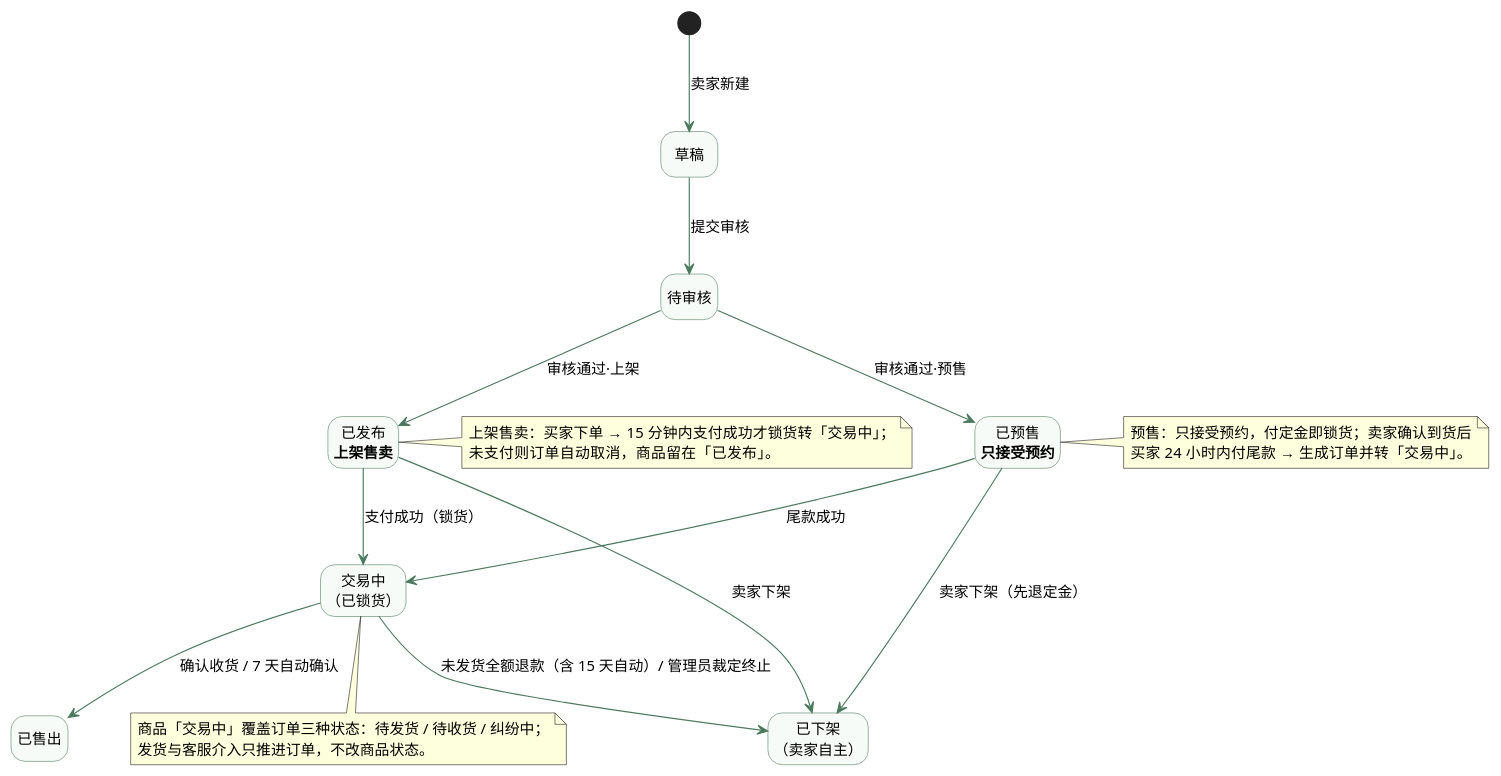
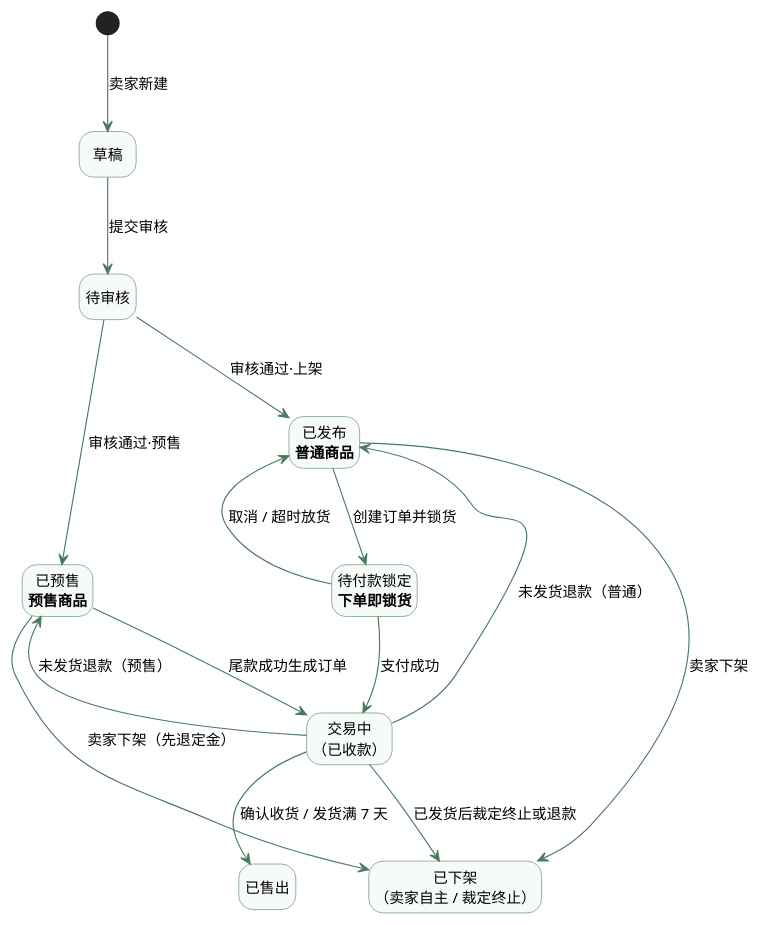
One commit to XuHR233/SE-lab1-requirements changed the diagram in lab02/UML/状态图.puml. Above: the diagram before and after it, drawn with PlantUML. The commit also changed 41 other files, not shown here.

```diff
--- a/lab02/UML/状态图.puml
+++ b/lab02/UML/状态图.puml
@@ -1,56 +1,47 @@
 @startuml
-' 实验二 · 二手交易系统 · 状态图（一）成交主线：草稿 → 审核 → 上架/预售 两支 → 交易中 → 售出 / 下架
-' 本图 9 条 + 状态图2 11 条 = REQ-010 允许的 20 条转换（不重复、不遗漏）
-' 可见性口径（据 REQ-005「通过则进入已发布或已预售并对外可见」+ REQ-012）：对外可见只有已发布、已预售；
-' 交易中与已售出都不进搜索结果与列表，仅订单双方可从订单进入详情，他人与游客返回「商品不存在或已下架」。
+' 实验二 · 二手交易系统 · 状态图（一）成交主线
+' 本图 13 条业务转换（不含初始伪状态与隐藏布局线），状态图2 另含 12 条，合计 REQ-010 的 25 条。
+' 可见性、锁货限制与退款说明放在实验报告 4.3，不在图内堆叠注释。
 skinparam defaultFontName "Microsoft YaHei"
 skinparam defaultFontSize 13
 skinparam shadowing false
 skinparam nodesep 55
 skinparam ranksep 65
 skinparam ArrowColor #4B7A5E
 skinparam state {
   BackgroundColor #F7FBF7
   BorderColor #4B7A5E
   FontSize 13
 }
 hide empty description
 
 state "草稿" as S1
 state "待审核" as S2
-state "已发布\n<b>上架售卖</b>" as S4
-state "已预售\n<b>只接受预约</b>" as S5
-state "交易中\n（已锁货）" as S6
+state "已发布\n<b>普通商品</b>" as S4
+state "已预售\n<b>预售商品</b>" as S5
+state "待付款锁定\n<b>下单即锁货</b>" as SLOCK
+state "交易中\n（已收款）" as S6
 state "已售出" as S7
-state "已下架\n（卖家自主）" as S8
+state "已下架\n（卖家自主 / 裁定终止）" as S8
 
 [*] --> S1 : 卖家新建
 S1 --> S2 : 提交审核
-S2 --> S4 : 审核通过·上架
-S2 --> S5 : 审核通过·预售
+S2 -down-> S4 : 审核通过·上架
+S2 -down-> S5 : 审核通过·预售
+S4 -[hidden]right-> S5
 
-S4 --> S6 : 支付成功（锁货）
-S5 --> S6 : 尾款成功
-S6 --> S7 : 确认收货 / 7 天自动确认
+S4 -down-> SLOCK : 创建订单并锁货
+SLOCK -down-> S6 : 支付成功
+S5 -down-> S6 : 尾款成功生成订单
+S6 -down-> S7 : 确认收货 / 发货满 7 天
 
-S4 --> S8 : 卖家下架
-S5 --> S8 : 卖家下架（先退定金）
-S6 --> S8 : 未发货全额退款（含 15 天自动）/ 管理员裁定终止
+SLOCK -up-> S4 : 取消 / 超时放货
+S6 -up-> S4 : 未发货退款（普通）
+S6 -up-> S5 : 未发货退款（预售）
 
-
-note right of S4
-  上架售卖：买家下单 → 15 分钟内支付成功才锁货转「交易中」；
-  未支付则订单自动取消，商品留在「已发布」。
-end note
-
-note bottom of S6
-  商品「交易中」覆盖订单三种状态：待发货 / 待收货 / 纠纷中；
-  发货与客服介入只推进订单，不改商品状态。
-end note
-
-note right of S5
-  预售：只接受预约，付定金即锁货；卖家确认到货后
-  买家 24 小时内付尾款 → 生成订单并转「交易中」。
-end note
+S4 -down-> S8 : 卖家下架
+S5 -down-> S8 : 卖家下架（先退定金）
+S6 -down-> S8 : 已发货后裁定终止或退款
+S7 -[hidden]right-> S8
 
 @enduml
```
